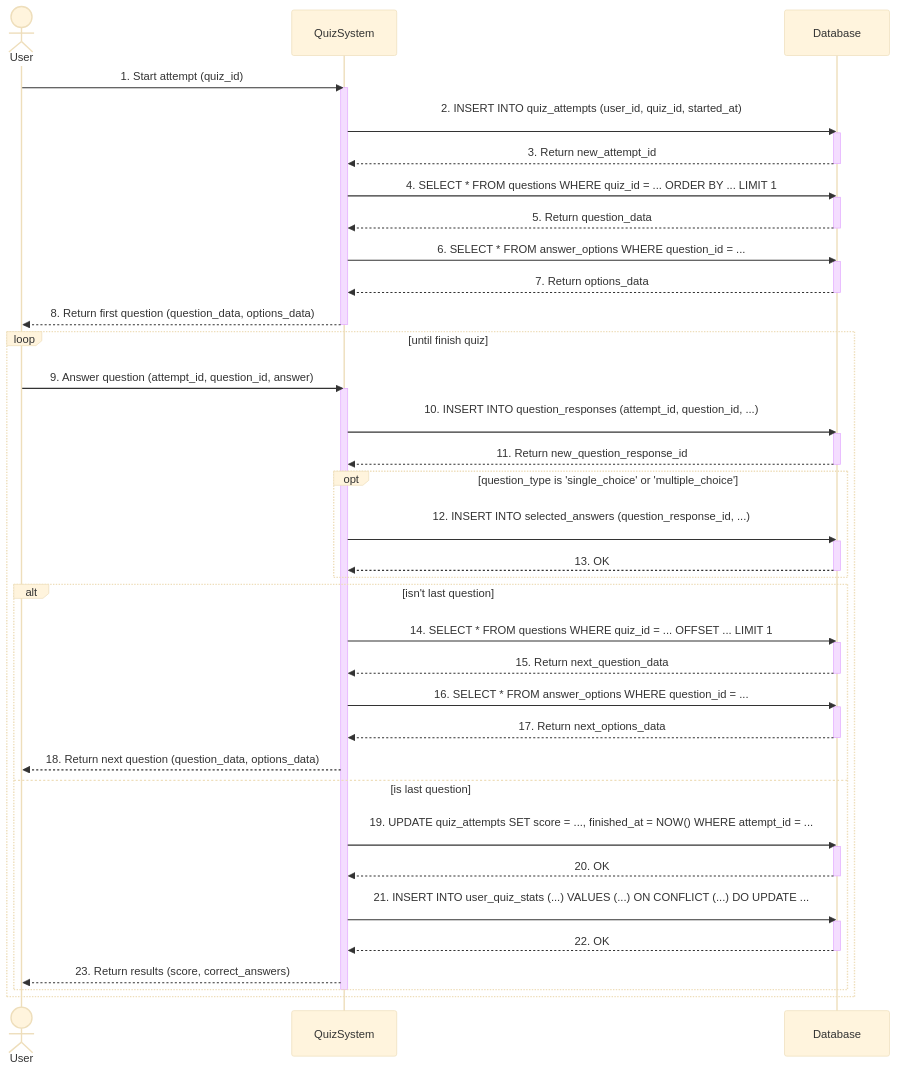
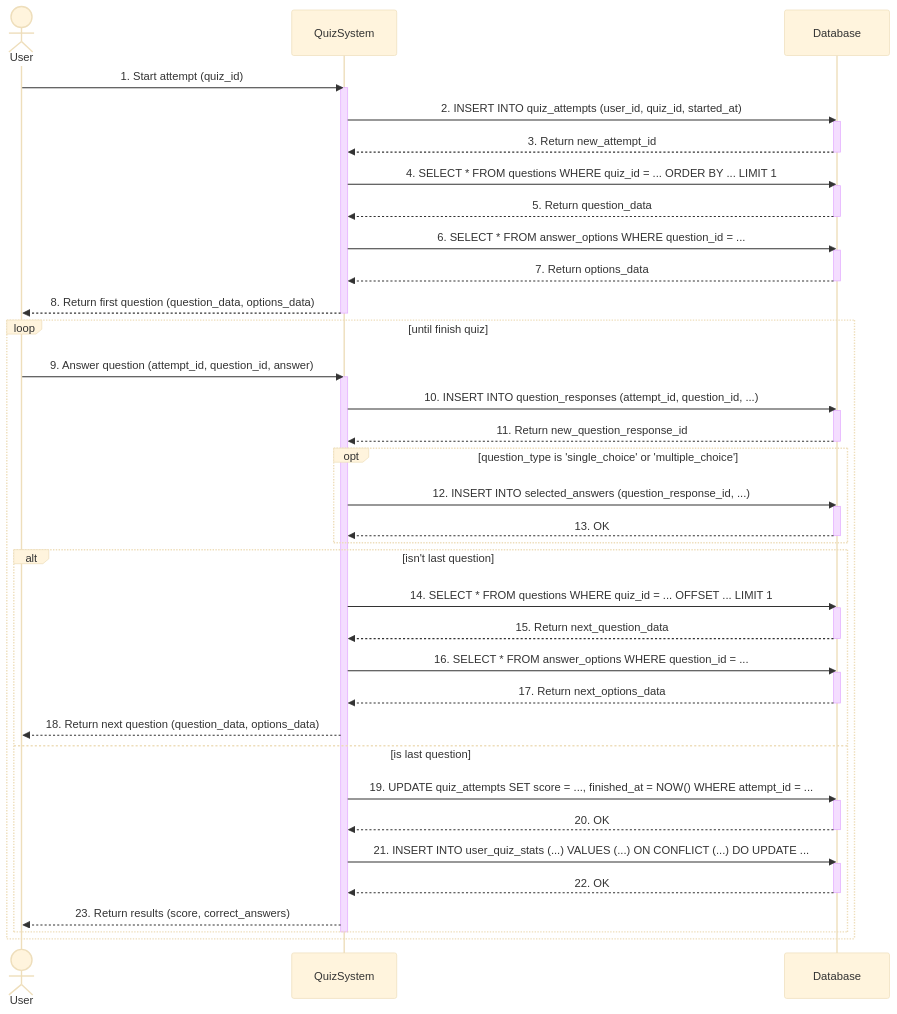
The diagram in Lab3/sequence_diagram3.mmd (Alysseum17/KPI-labs), drawn with Mermaid (base theme) before and after one commit.

```diff
--- a/Lab3/sequence_diagram3.mmd
+++ b/Lab3/sequence_diagram3.mmd
@@ -1,80 +1,80 @@
 sequenceDiagram
     actor User
     participant QuizSystem
     participant Database
 
 
     User->>QuizSystem: 1. Start attempt (quiz_id)
     activate QuizSystem
 
 
-    QuizSystem->>Database: 2. INSERT INTO quiz_attempts (user_id, quiz_id, started_at)<br/>
+    QuizSystem->>Database: 2. INSERT INTO quiz_attempts (user_id, quiz_id, started_at)
     activate Database
     Database-->>QuizSystem: 3. Return new_attempt_id
     deactivate Database
 
 
     QuizSystem->>Database: 4. SELECT * FROM questions WHERE quiz_id = ... ORDER BY ... LIMIT 1
     activate Database
     Database-->>QuizSystem: 5. Return question_data
     deactivate Database
     
 
     QuizSystem->>Database: 6. SELECT * FROM answer_options WHERE question_id = ...
     activate Database
     Database-->>QuizSystem: 7. Return options_data
     deactivate Database
 
     QuizSystem-->>User: 8. Return first question (question_data, options_data)
     deactivate QuizSystem
 
     loop until finish quiz
         User->>QuizSystem: 9. Answer question (attempt_id, question_id, answer)
         activate QuizSystem
 
-        QuizSystem->>Database: 10. INSERT INTO question_responses (attempt_id, question_id, ...)<br/>
+        QuizSystem->>Database: 10. INSERT INTO question_responses (attempt_id, question_id, ...)
         activate Database
         Database-->>QuizSystem: 11. Return new_question_response_id
         deactivate Database
 
     
         opt question_type is 'single_choice' or 'multiple_choice'
-             QuizSystem->>Database: 12. INSERT INTO selected_answers (question_response_id, ...)<br/>
+             QuizSystem->>Database: 12. INSERT INTO selected_answers (question_response_id, ...)
              activate Database
              Database-->>QuizSystem: 13. OK
              deactivate Database
         end
 
 
         alt isn't last question
        
             QuizSystem->>Database: 14. SELECT * FROM questions WHERE quiz_id = ... OFFSET ... LIMIT 1
             activate Database
             Database-->>QuizSystem: 15. Return next_question_data
             deactivate Database
             
             QuizSystem->>Database: 16. SELECT * FROM answer_options WHERE question_id = ...
             activate Database
             Database-->>QuizSystem: 17. Return next_options_data
             deactivate Database
             
             QuizSystem-->>User: 18. Return next question (question_data, options_data)
 
         else is last question
     
         
             
-            QuizSystem->>Database: 19. UPDATE quiz_attempts SET score = ..., finished_at = NOW() WHERE attempt_id = ...<br/>
+            QuizSystem->>Database: 19. UPDATE quiz_attempts SET score = ..., finished_at = NOW() WHERE attempt_id = ...
             activate Database
             Database-->>QuizSystem: 20. OK
             deactivate Database
 
-            QuizSystem->>Database: 21. INSERT INTO user_quiz_stats (...) VALUES (...) ON CONFLICT (...) DO UPDATE ...<br/>
+            QuizSystem->>Database: 21. INSERT INTO user_quiz_stats (...) VALUES (...) ON CONFLICT (...) DO UPDATE ...
             activate Database
             Database-->>QuizSystem: 22. OK
             deactivate Database
             
             QuizSystem-->>User: 23. Return results (score, correct_answers)
         end
         deactivate QuizSystem
     end
```
